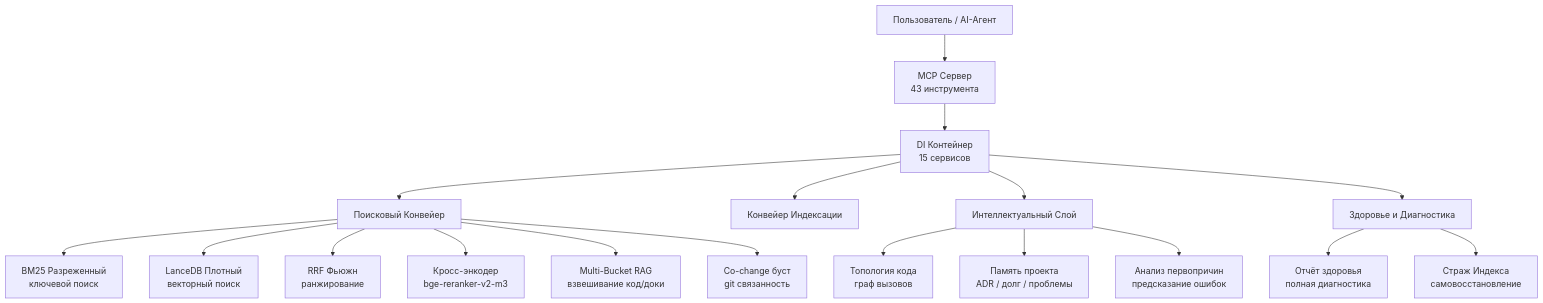
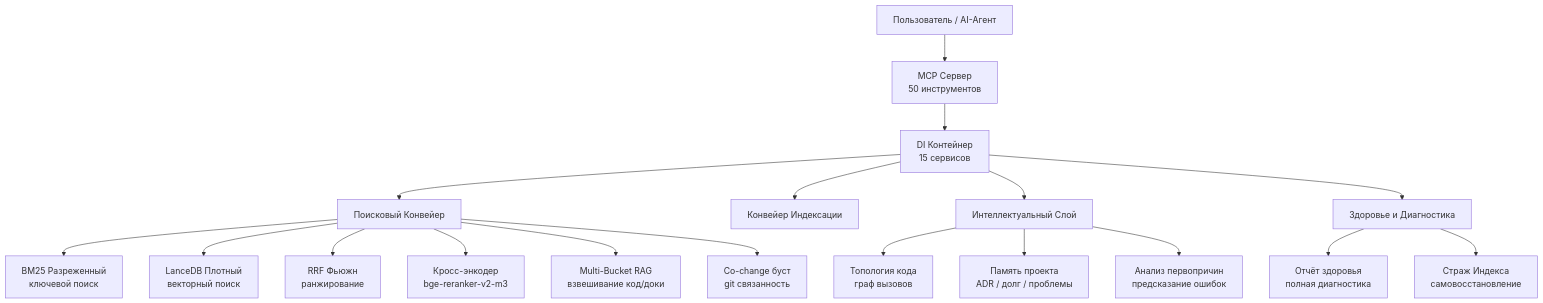
Before and after one commit to ManSio/mscodebase-intelligence: the first of 6 diagrams in docs/ru/ARCHITECTURE_DEEP.md, drawn with Mermaid. The commit also changed other lines of this file and 16 other files, not shown here.

````diff
--- a/docs/ru/ARCHITECTURE_DEEP.md
+++ b/docs/ru/ARCHITECTURE_DEEP.md
@@ -7,23 +7,23 @@
 ```mermaid
 flowchart TD
-    User[Пользователь / AI-Агент] --> MCP[MCP Сервер\n43 инструмента]
+    User[Пользователь / AI-Агент] --> MCP[MCP Сервер\n50 инструментов]
     MCP --> DI[DI Контейнер\n15 сервисов]
     DI --> Search[Поисковый Конвейер]
     DI --> Index[Конвейер Индексации]
     DI --> Intel[Интеллектуальный Слой]
     DI --> Health[Здоровье и Диагностика]
     
     Search --> BM25[BM25 Разреженный\nключевой поиск]
     Search --> Dense[LanceDB Плотный\nвекторный поиск]
     Search --> RRF[RRF Фьюжн\nранжирование]
     Search --> Rerank[Кросс-энкодер\nbge-reranker-v2-m3]
     Search --> Bucket[Multi-Bucket RAG\nвзвешивание код/доки]
     Search --> CoChange[Co-change буст\ngit связанность]
     
     Intel --> Topology[Топология кода\nграф вызовов]
     Intel --> Memory[Память проекта\nADR / долг / проблемы]
     Intel --> RCA[Анализ первопричин\nпредсказание ошибок]
     
     Health --> Report[Отчёт здоровья\nполная диагностика]
     Health --> Guard[Страж Индекса\nсамовосстановление]
 ```
````
